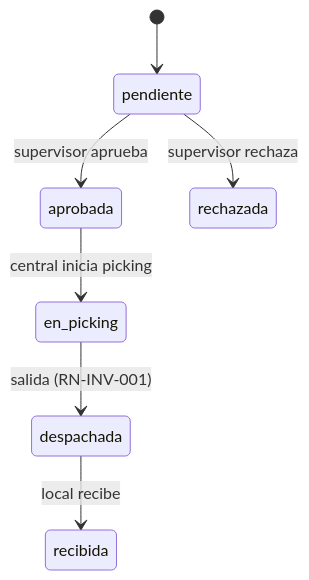
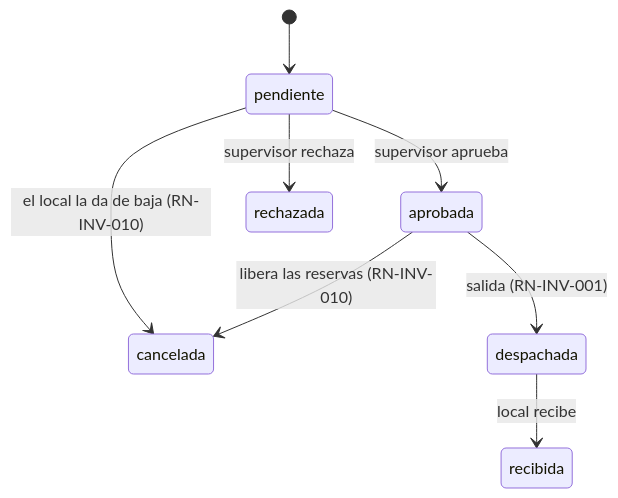
The second of 7 diagrams in docs/domain/state-machines.md (rrojasda94/provecho-erp), drawn with Mermaid before and after one commit. The commit also changed other lines of this file and 20 other files, not shown here.

````diff
--- a/docs/domain/state-machines.md
+++ b/docs/domain/state-machines.md
@@ -27,9 +27,10 @@
 ```mermaid
 stateDiagram-v2
     [*] --> pendiente
     pendiente --> aprobada: supervisor aprueba
     pendiente --> rechazada: supervisor rechaza
-    aprobada --> en_picking: central inicia picking
-    en_picking --> despachada: salida (RN-INV-001)
+    pendiente --> cancelada: el local la da de baja (RN-INV-010)
+    aprobada --> cancelada: libera las reservas (RN-INV-010)
+    aprobada --> despachada: salida (RN-INV-001)
     despachada --> recibida: local recibe
 ```
````
